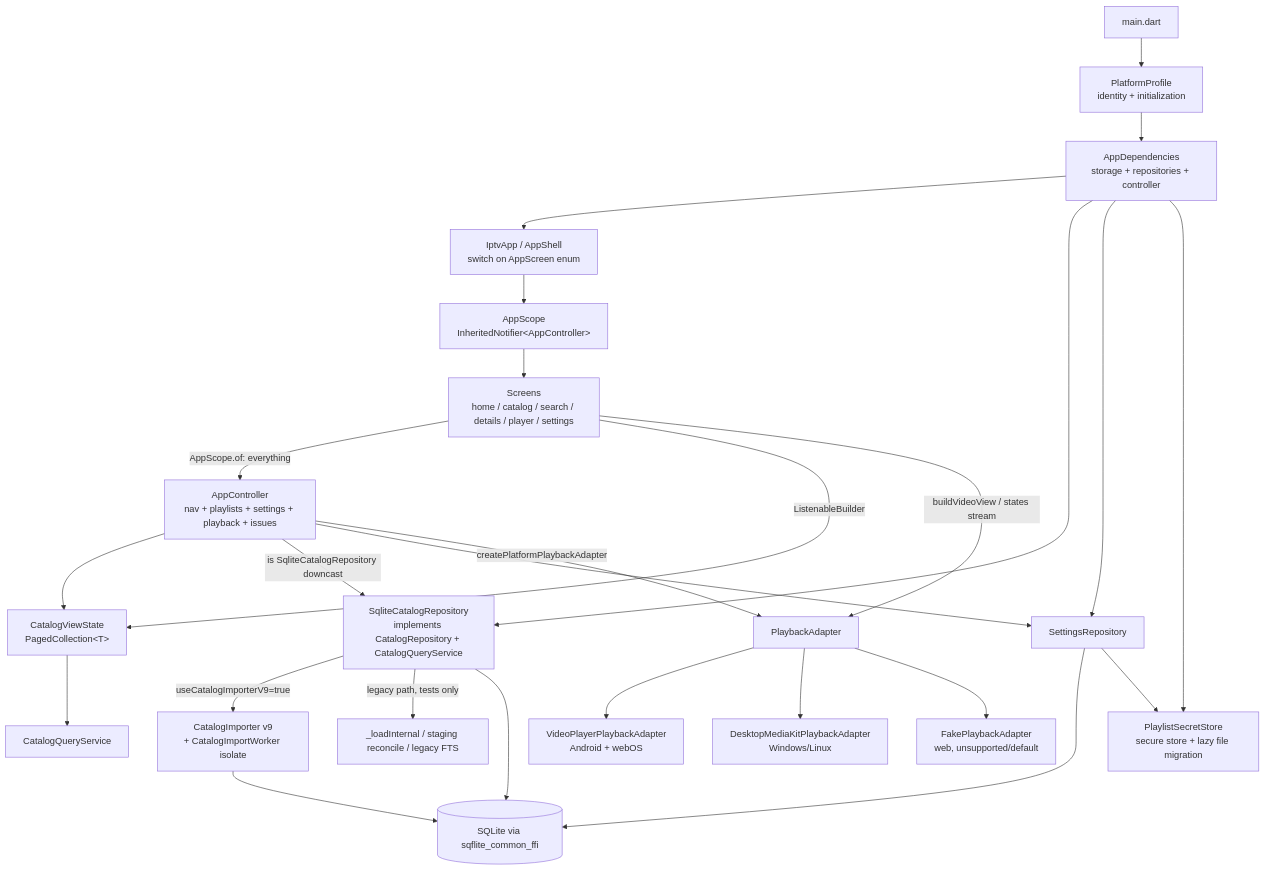
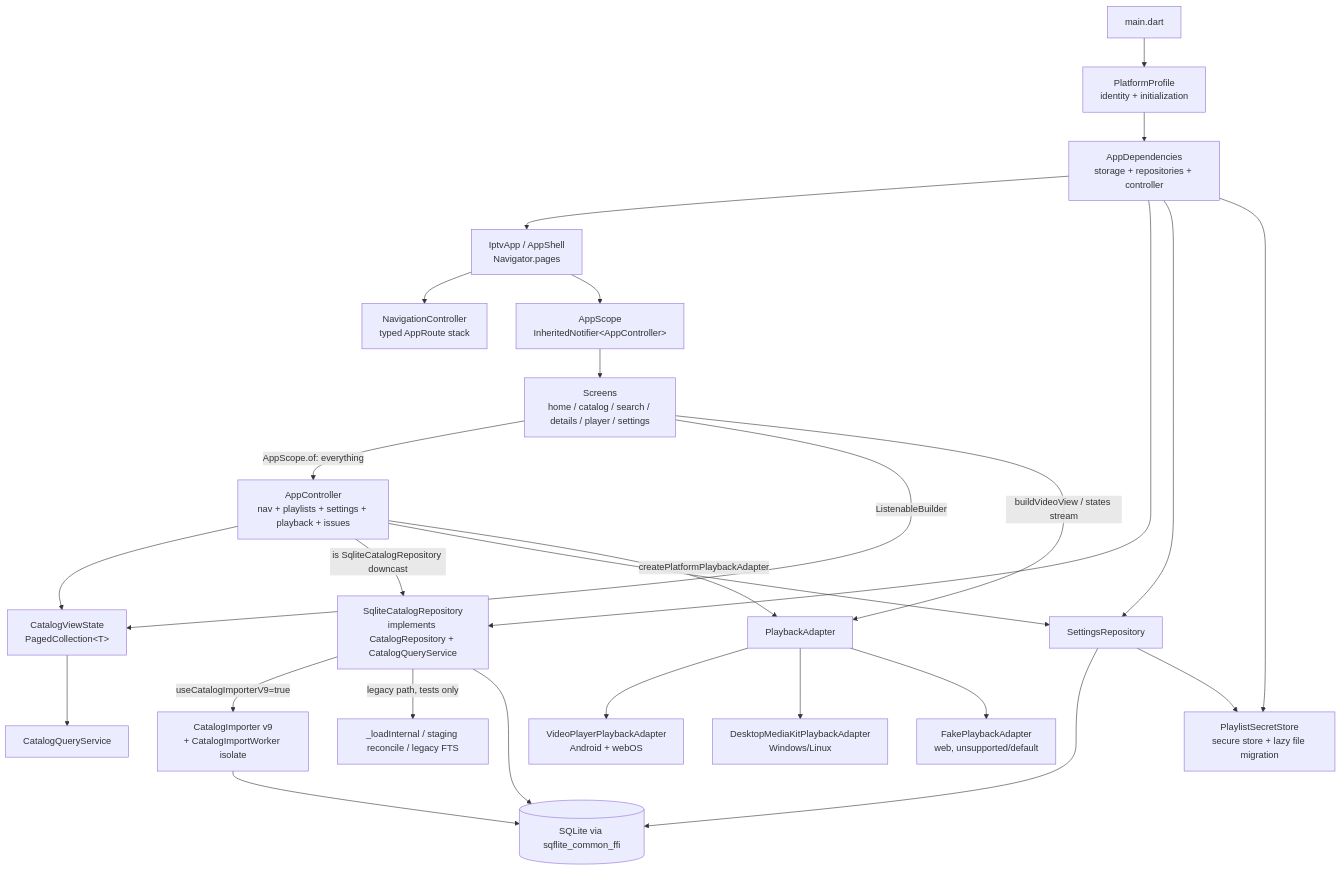
Before and after one commit to mattiasvartiainen/iptv-flutter: the diagram in docs/architecture-code-improvements.md, drawn with Mermaid. The commit also changed other lines of this file and 13 other files, not shown here.

Commit message:
Typed route stack + Navigator.pages

````diff
--- a/docs/architecture-code-improvements.md
+++ b/docs/architecture-code-improvements.md
@@ -109,28 +109,29 @@
 ```mermaid
 flowchart TD
   main[main.dart] --> profile[PlatformProfile<br/>identity + initialization]
   profile --> deps[AppDependencies<br/>storage + repositories + controller]
-  deps --> app[IptvApp / AppShell<br/>switch on AppScreen enum]
+  deps --> app[IptvApp / AppShell<br/>Navigator.pages]
+  app --> nav[NavigationController<br/>typed AppRoute stack]
   app --> scope[AppScope<br/>InheritedNotifier&lt;AppController&gt;]
   scope --> screens[Screens<br/>home / catalog / search / details / player / settings]
   screens -->|AppScope.of: everything| ctrl[AppController<br/>nav + playlists + settings + playback + issues]
   screens -->|ListenableBuilder| cvs[CatalogViewState<br/>PagedCollection&lt;T&gt;]
   screens -->|buildVideoView / states stream| pa[PlaybackAdapter]
   ctrl --> cvs
   ctrl -->|is SqliteCatalogRepository downcast| repo
   ctrl --> settings[SettingsRepository]
   ctrl -->|createPlatformPlaybackAdapter| pa
   cvs --> qs[CatalogQueryService]
   deps --> repo[SqliteCatalogRepository<br/>implements CatalogRepository + CatalogQueryService]
   deps --> settings
   deps --> secrets[PlaylistSecretStore<br/>secure store + lazy file migration]
   repo -->|useCatalogImporterV9=true| importer[CatalogImporter v9<br/>+ CatalogImportWorker isolate]
   repo -->|legacy path, tests only| legacy[_loadInternal / staging reconcile / legacy FTS]
   repo --> db[(SQLite via sqflite_common_ffi)]
   importer --> db
   settings --> db
   settings --> secrets
   pa --> vp[VideoPlayerPlaybackAdapter<br/>Android + webOS]
   pa --> mk[DesktopMediaKitPlaybackAdapter<br/>Windows/Linux]
   pa --> fake[FakePlaybackAdapter<br/>web, unsupported/default]
 ```
````
